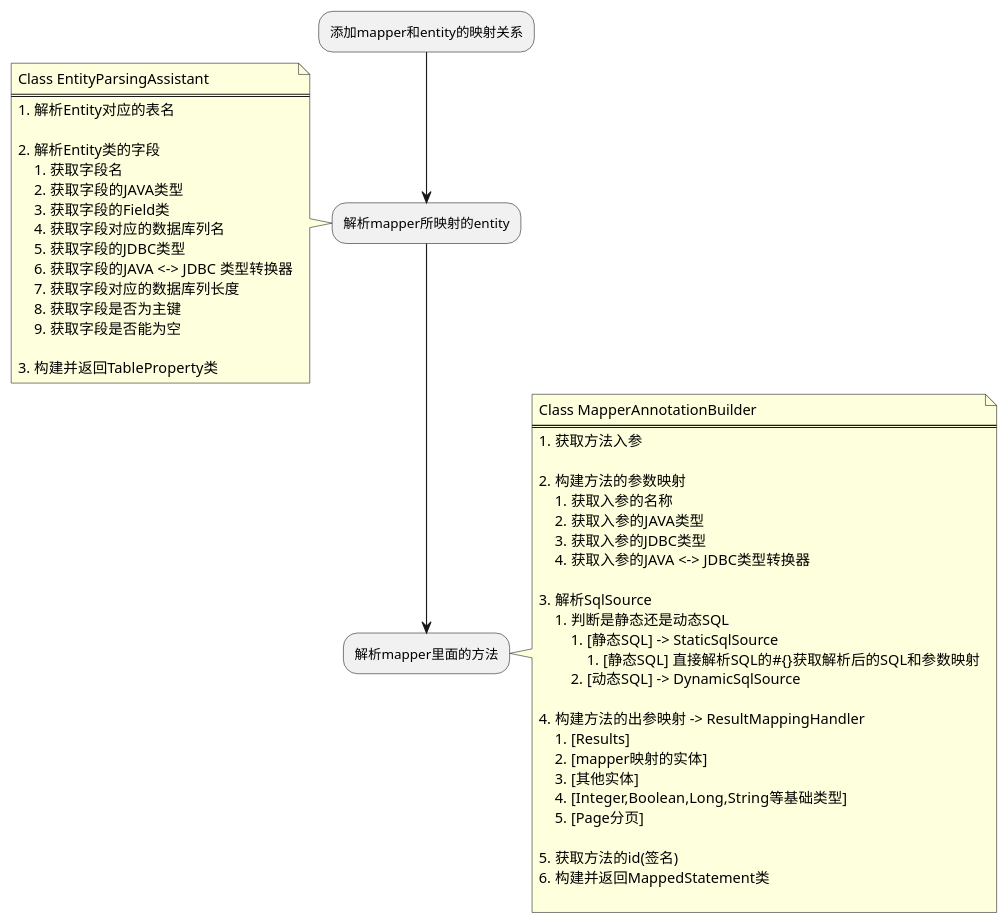
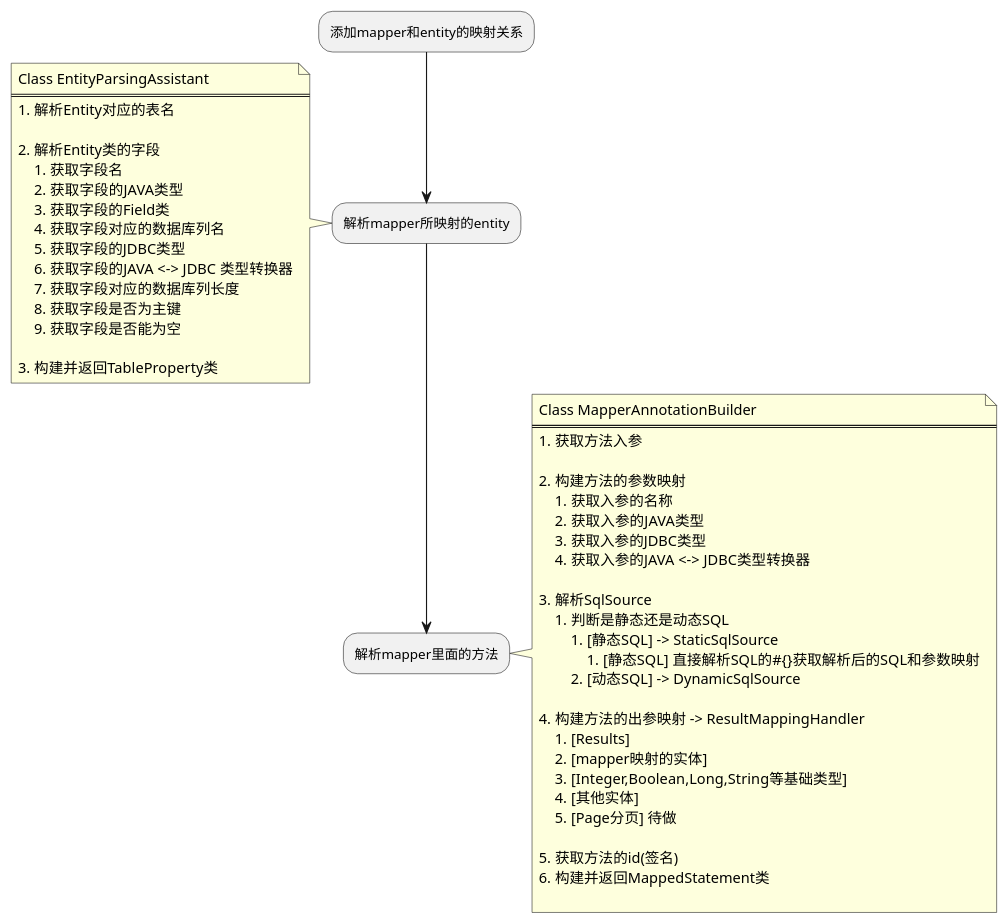
The diagram in sanhuo-persistent/mapper解析流程图.puml (zhangzishen9/sanhuo_scaffold), drawn with PlantUML before and after one commit. The commit also changed 23 other files, not shown here.

```diff
--- a/sanhuo-persistent/mapper解析流程图.puml
+++ b/sanhuo-persistent/mapper解析流程图.puml
@@ -1,59 +1,59 @@
 @startuml
 
 :添加mapper和entity的映射关系;
 
 :解析mapper所映射的entity;
 
 note left
 Class EntityParsingAssistant
 ====
 # 解析Entity对应的表名
 
 # 解析Entity类的字段
 ## 获取字段名
 ## 获取字段的JAVA类型
 ## 获取字段的Field类
 ## 获取字段对应的数据库列名
 ## 获取字段的JDBC类型
 ## 获取字段的JAVA <-> JDBC 类型转换器
 ## 获取字段对应的数据库列长度
 ## 获取字段是否为主键
 ## 获取字段是否能为空
 
 #构建并返回TableProperty类
 end note
 
 :解析mapper里面的方法;
 
 
 note right
 Class MapperAnnotationBuilder
 ====
 # 获取方法入参
 
 # 构建方法的参数映射
 ## 获取入参的名称
 ## 获取入参的JAVA类型
 ## 获取入参的JDBC类型
 ## 获取入参的JAVA <-> JDBC类型转换器
 
 # 解析SqlSource
 ## 判断是静态还是动态SQL
 ### [静态SQL] -> StaticSqlSource
 #### [静态SQL] 直接解析SQL的#{}获取解析后的SQL和参数映射
 ### [动态SQL] -> DynamicSqlSource
 
 # 构建方法的出参映射 -> ResultMappingHandler
 ## [Results]
 ## [mapper映射的实体]
+## [Integer,Boolean,Long,String等基础类型]
 ## [其他实体]
-## [Integer,Boolean,Long,String等基础类型]
-## [Page分页]
+## [Page分页] 待做
 
 # 获取方法的id(签名)
 # 构建并返回MappedStatement类
 
 end note
 
 
 @enduml
```
